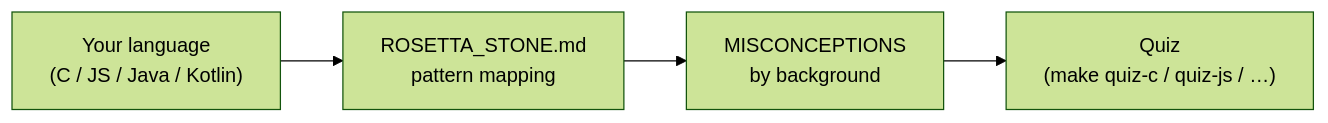
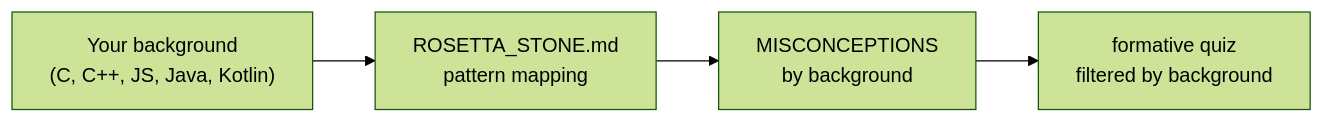
One commit to antonioclim/COMPNET-EN changed the diagram in 00_APPENDIX/a)PYTHON_self_study_guide/comparisons/README.md. Above: the diagram before and after it, drawn with Mermaid (forest theme). The commit also changed other lines of this file, not shown here.

````diff
--- a/00_APPENDIX/a)PYTHON_self_study_guide/comparisons/README.md
+++ b/00_APPENDIX/a)PYTHON_self_study_guide/comparisons/README.md
@@ -14,6 +15,10 @@
 ```mermaid
 flowchart LR
-    A["Your language\n(C / JS / Java / Kotlin)"] --> B["ROSETTA_STONE.md\npattern mapping"]
-    B --> C["MISCONCEPTIONS\nby background"]
-    C --> D["Quiz\n(make quiz-c / quiz-js / …)"]
+    A["Your background
+(C, C++, JS, Java, Kotlin)"] --> B["ROSETTA_STONE.md
+pattern mapping"]
+    B --> C["MISCONCEPTIONS
+by background"]
+    C --> D["formative quiz
+filtered by background"]
 ```
````
